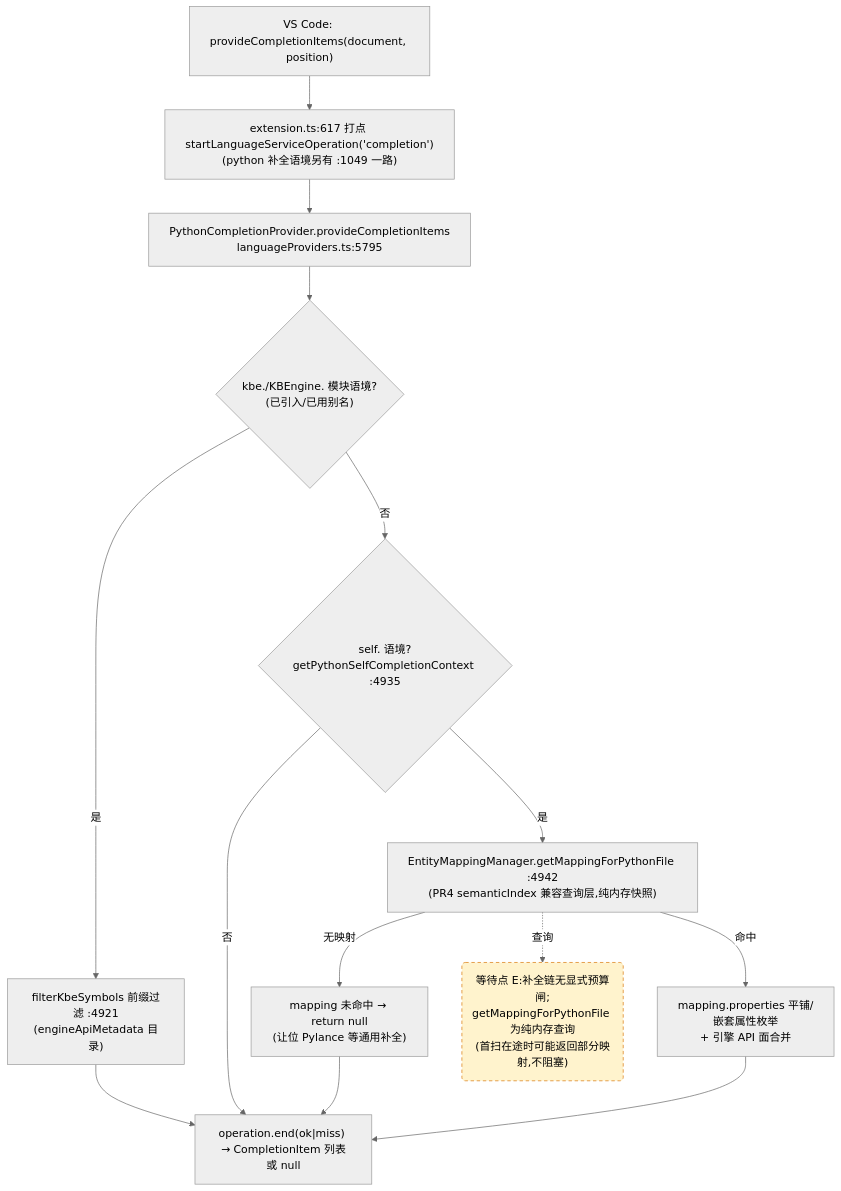
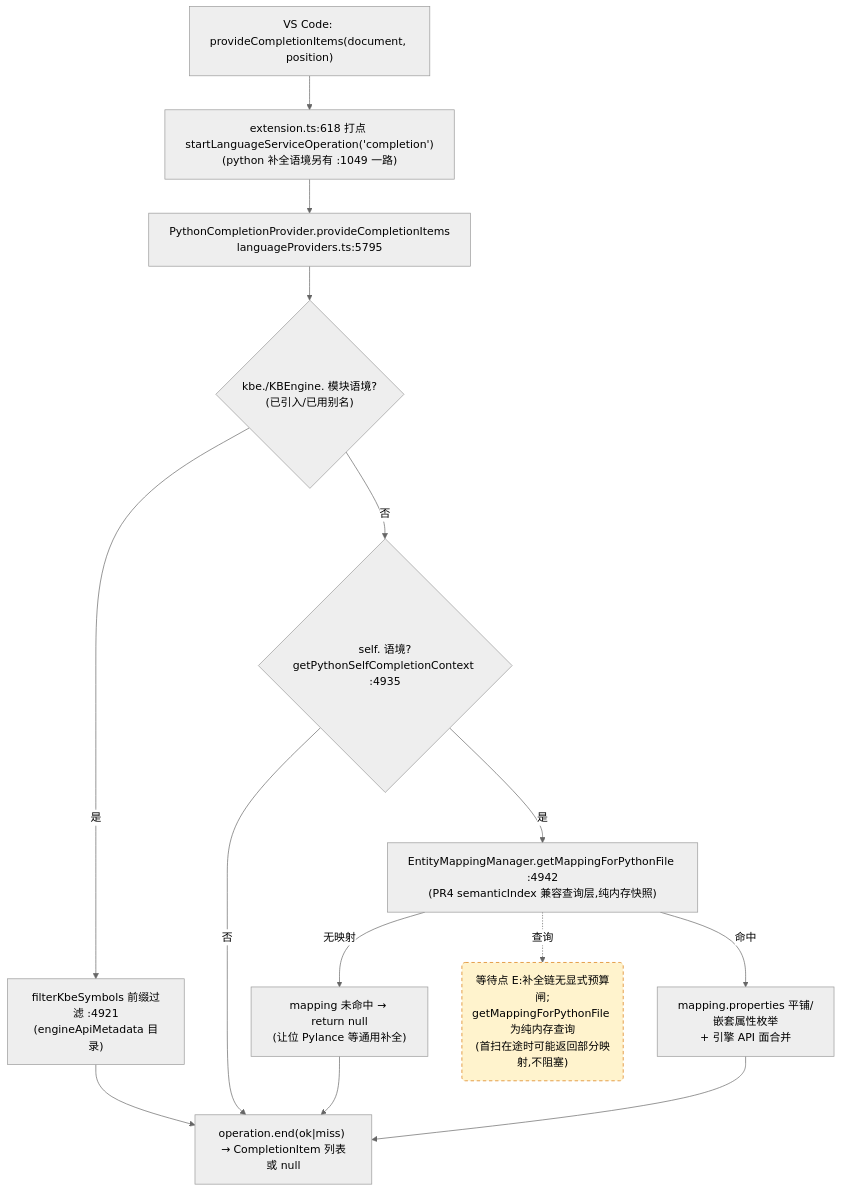
One commit to cuihairu/kode changed the third of 4 diagrams in docs/perf/2026-baseline.md. Above: the diagram before and after it, drawn with Mermaid (neutral theme). The commit also changed other lines of this file and 10 other files, not shown here.

````diff
--- a/docs/perf/2026-baseline.md
+++ b/docs/perf/2026-baseline.md
@@ -184,27 +184,27 @@
 ```mermaid
 flowchart TD
   VC3["VS Code: provideCompletionItems(document, position)"]
-  M3["extension.ts:617 打点 startLanguageServiceOperation('completion')<br/>(python 补全语境另有 :1049 一路)"]
+  M3["extension.ts:618 打点 startLanguageServiceOperation('completion')<br/>(python 补全语境另有 :1049 一路)"]
   CP["PythonCompletionProvider.provideCompletionItems<br/>languageProviders.ts:5795"]
   KBEC{"kbe./KBEngine. 模块语境?<br/>(已引入/已用别名)"}
   FILTER["filterKbeSymbols 前缀过滤 :4921<br/>(engineApiMetadata 目录)"]
   SELFC{"self. 语境?<br/>getPythonSelfCompletionContext :4935"}
   MAP["EntityMappingManager.getMappingForPythonFile :4942<br/>(PR4 semanticIndex 兼容查询层,纯内存快照)"]
   NOMAP["mapping 未命中 → return null<br/>(让位 Pylance 等通用补全)"]
   PROPS["mapping.properties 平铺/嵌套属性枚举<br/>+ 引擎 API 面合并"]
   END3["operation.end(ok|miss) → CompletionItem 列表或 null"]
 
   VC3 --> M3 --> CP --> KBEC
   KBEC -- "是" --> FILTER --> END3
   KBEC -- "否" --> SELFC
   SELFC -- "否" --> END3
   SELFC -- "是" --> MAP
   MAP -- "无映射" --> NOMAP --> END3
   MAP -- "命中" --> PROPS --> END3
 
   WAITE("等待点 E:补全链无显式预算闸;<br/>getMappingForPythonFile 为纯内存查询<br/>(首扫在途时可能返回部分映射,不阻塞)")
   MAP -.->|查询| WAITE
 
   classDef waitPoint fill:#fff3cd,stroke:#d97706,stroke-dasharray:5 4;
   class WAITE waitPoint;
 ```
````
